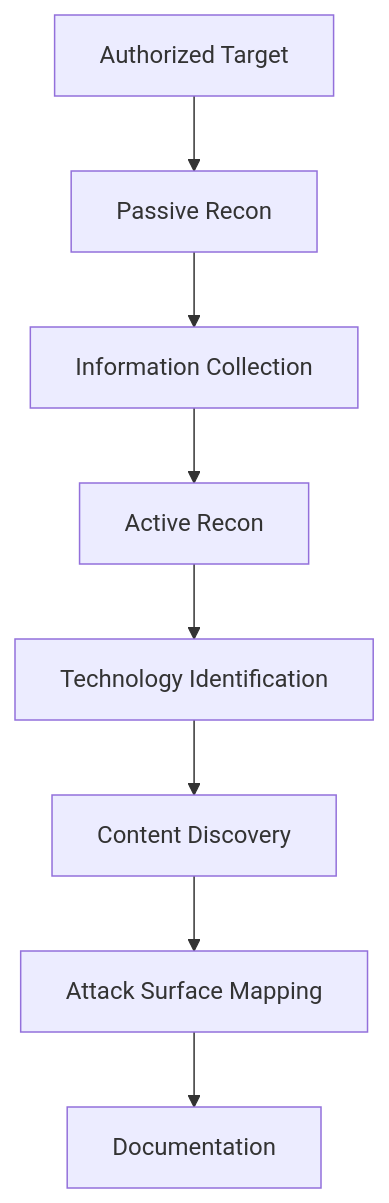
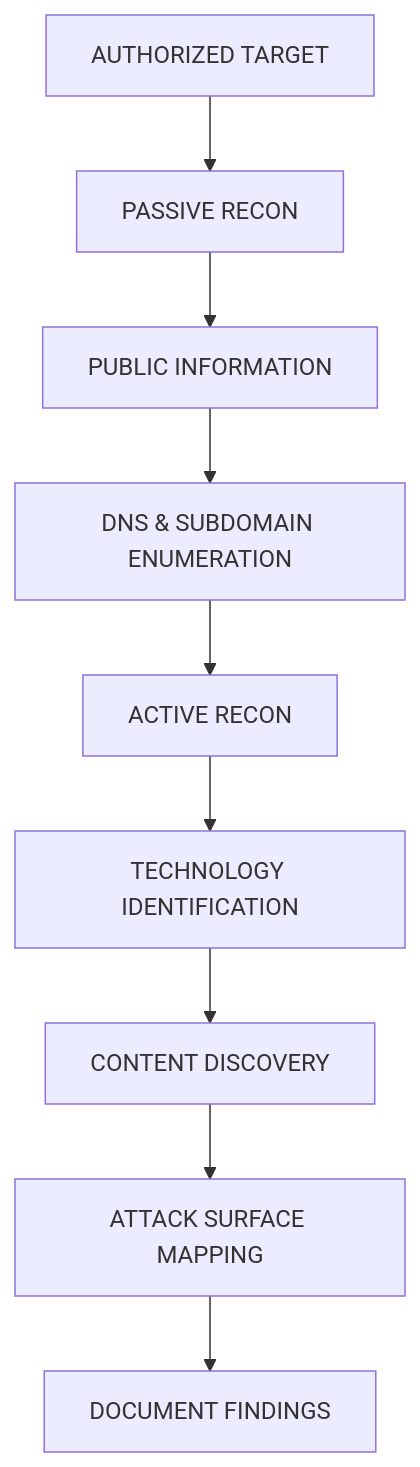
One commit to GhostMaskR/Web-Application-Basics changed the third of 5 diagrams in README.md. Above: the diagram before and after it, drawn with Mermaid. The commit also changed other lines of this file, not shown here.

````diff
--- a/README.md
+++ b/README.md
@@ -132,10 +147,11 @@
 ```mermaid
 flowchart TD
-    A[Authorized Target] --> B[Passive Recon]
-    B --> C[Information Collection]
-    C --> D[Active Recon]
-    D --> E[Technology Identification]
-    E --> F[Content Discovery]
-    F --> G[Attack Surface Mapping]
-    G --> H[Documentation]
+    A["AUTHORIZED TARGET"] --> B["PASSIVE RECON"]
+    B --> C["PUBLIC INFORMATION"]
+    C --> D["DNS & SUBDOMAIN ENUMERATION"]
+    D --> E["ACTIVE RECON"]
+    E --> F["TECHNOLOGY IDENTIFICATION"]
+    F --> G["CONTENT DISCOVERY"]
+    G --> H["ATTACK SURFACE MAPPING"]
+    H --> I["DOCUMENT FINDINGS"]
 ```
````
